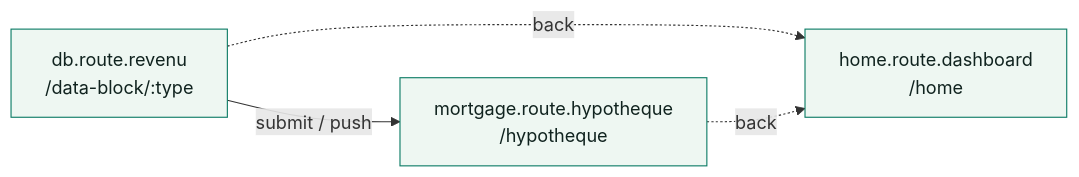
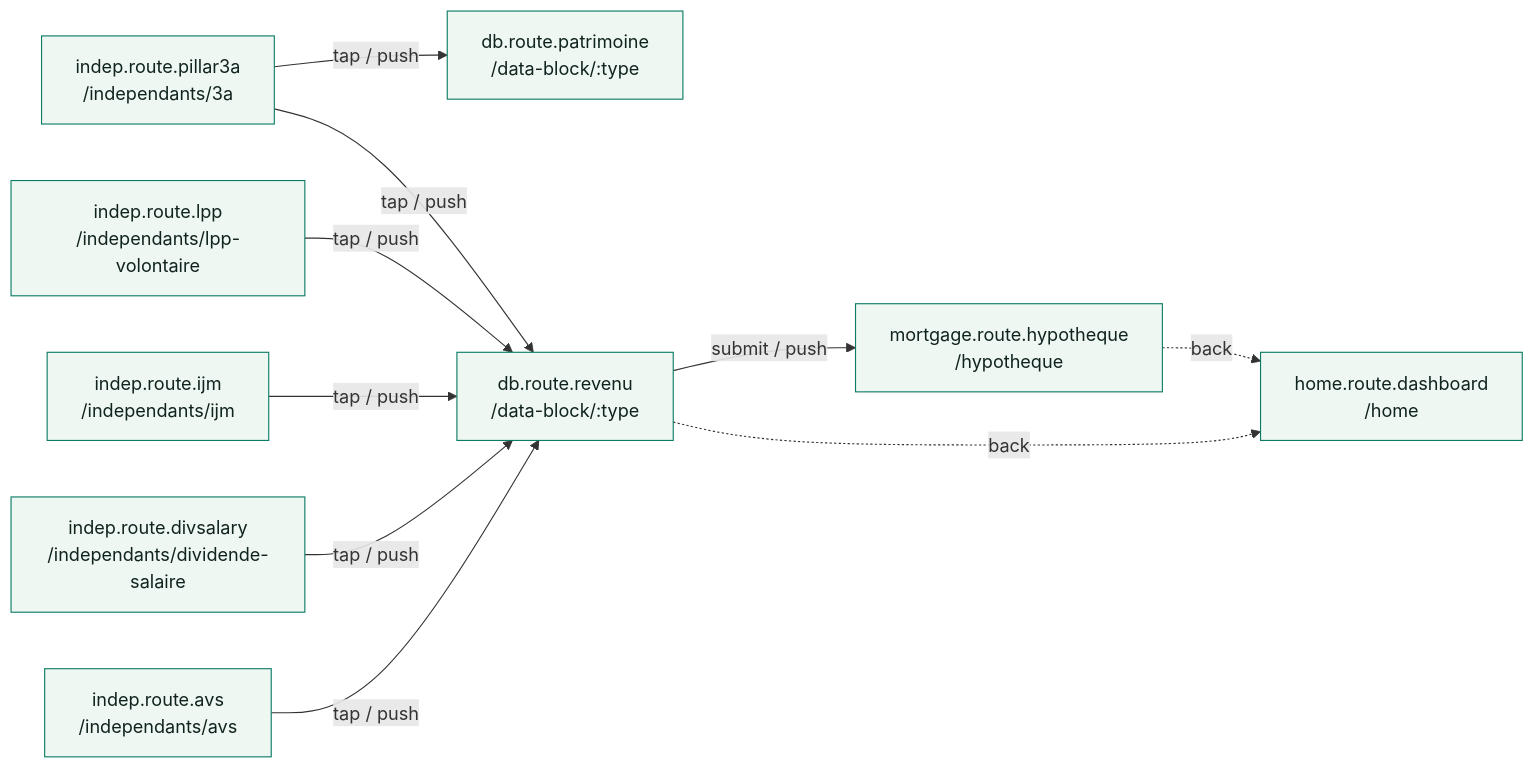
One commit to MINT-IA/MINT changed the diagram in .planning/journeys/diagrams/interaction_graph.mmd. Above: the diagram before and after it, drawn with Mermaid. The commit also changed 9 other files, not shown here.

```diff
--- a/.planning/journeys/diagrams/interaction_graph.mmd
+++ b/.planning/journeys/diagrams/interaction_graph.mmd
@@ -1,13 +1,25 @@
 flowchart LR
   %% Generated by tools/checks/interaction_registry_lint.py -- do not edit manually.
   classDef route fill:#eef7f2,stroke:#0d7c66,stroke-width:1px,color:#10231f;
   classDef scene fill:#fff7e8,stroke:#b7791f,stroke-width:1px,color:#2b2112;
 
+  db_route_patrimoine["db.route.patrimoine<br/>/data-block/:type"]:::route
   db_route_revenu["db.route.revenu<br/>/data-block/:type"]:::route
   home_route_dashboard["home.route.dashboard<br/>/home"]:::route
+  indep_route_avs["indep.route.avs<br/>/independants/avs"]:::route
+  indep_route_divsalary["indep.route.divsalary<br/>/independants/dividende-salaire"]:::route
+  indep_route_ijm["indep.route.ijm<br/>/independants/ijm"]:::route
+  indep_route_lpp["indep.route.lpp<br/>/independants/lpp-volontaire"]:::route
+  indep_route_pillar3a["indep.route.pillar3a<br/>/independants/3a"]:::route
   mortgage_route_hypotheque["mortgage.route.hypotheque<br/>/hypotheque"]:::route
 
+  indep_route_avs -->|"tap / push"| db_route_revenu
+  indep_route_divsalary -->|"tap / push"| db_route_revenu
+  indep_route_ijm -->|"tap / push"| db_route_revenu
+  indep_route_lpp -->|"tap / push"| db_route_revenu
+  indep_route_pillar3a -->|"tap / push"| db_route_patrimoine
+  indep_route_pillar3a -->|"tap / push"| db_route_revenu
   db_route_revenu -->|"submit / push"| mortgage_route_hypotheque
 
   db_route_revenu -. "back" .-> home_route_dashboard
   mortgage_route_hypotheque -. "back" .-> home_route_dashboard
```
